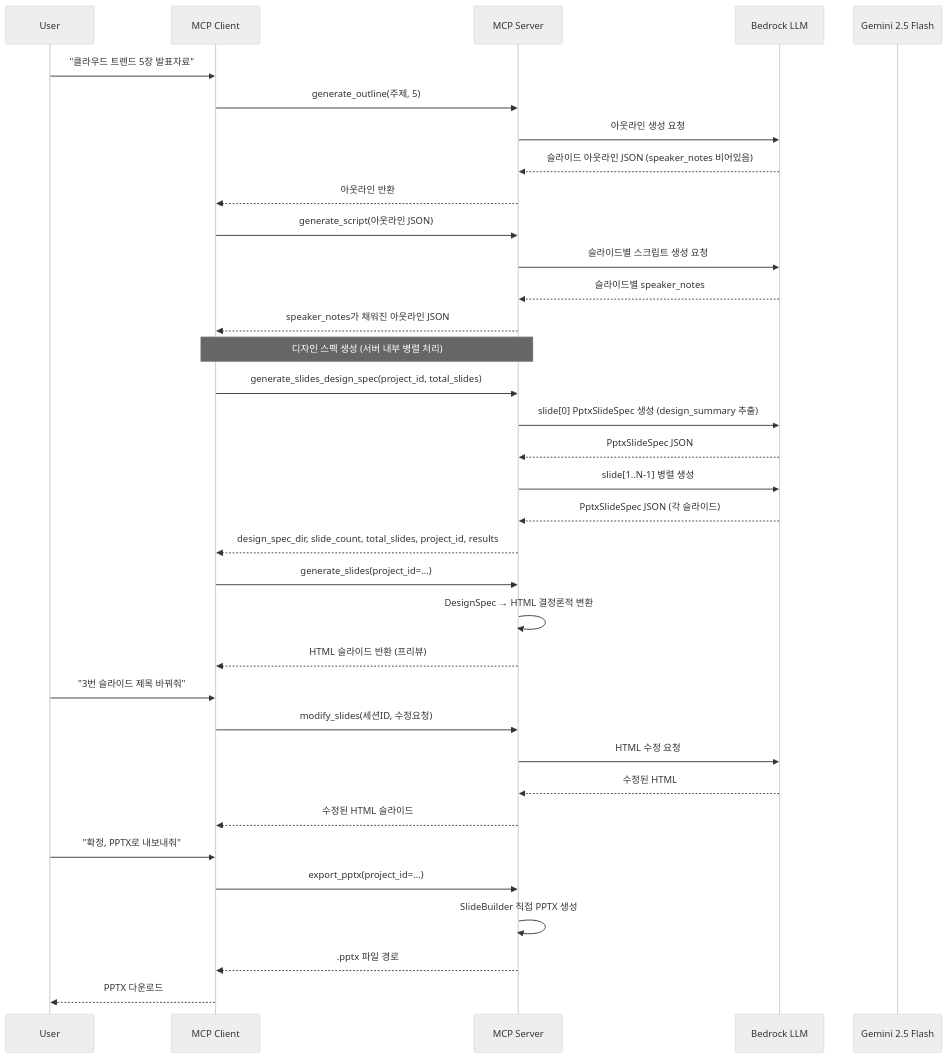
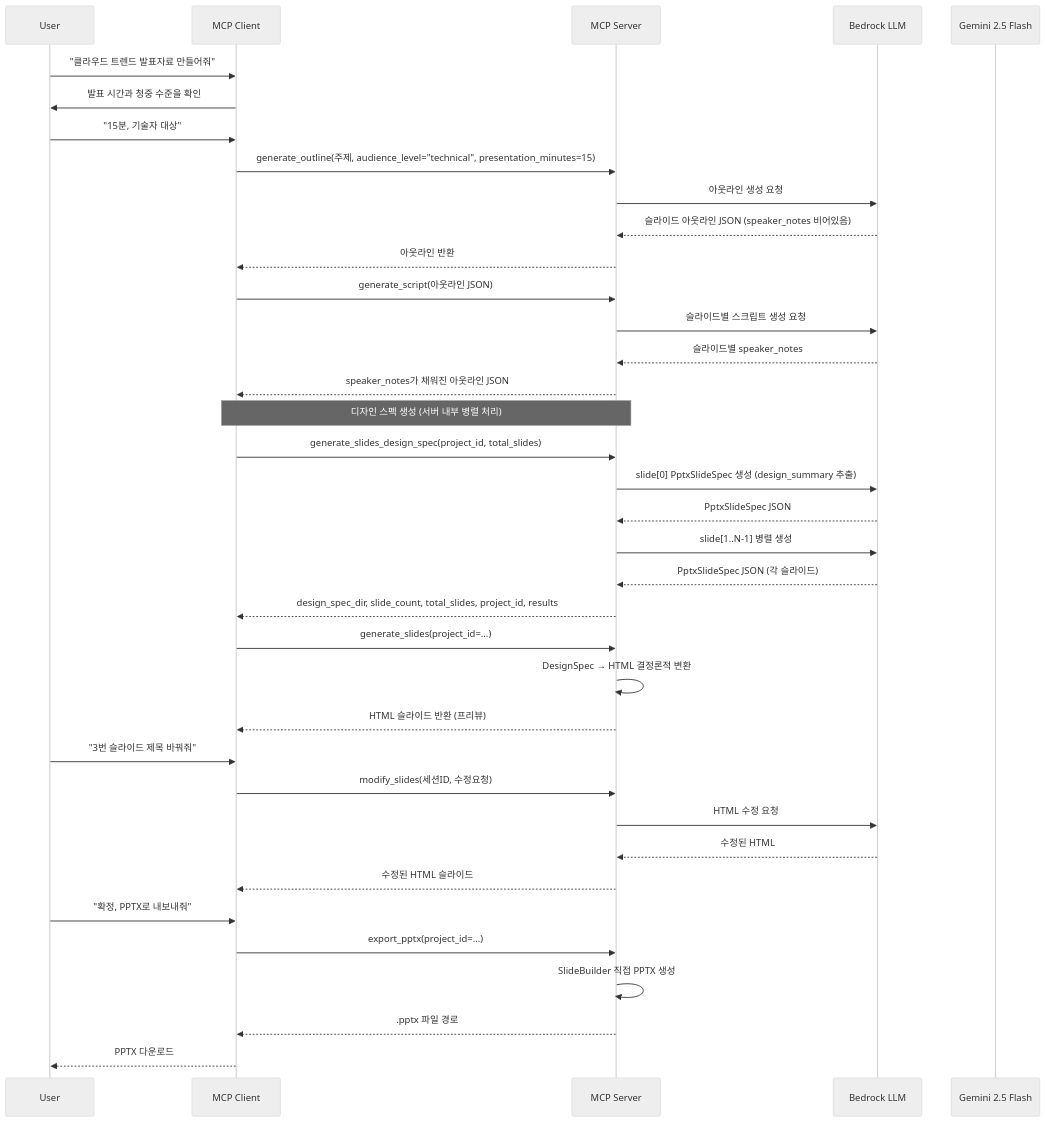
One commit to haandol/ppt-generator changed the third of 3 diagrams in docs/ppt-generator.alps.md. Above: the diagram before and after it, drawn with Mermaid (neutral theme). The commit also changed other lines of this file and 3 other files, not shown here.

````diff
--- a/docs/ppt-generator.alps.md
+++ b/docs/ppt-generator.alps.md
@@ -169,43 +169,45 @@
 ```mermaid
 sequenceDiagram
     participant User
     participant MCPClient as MCP Client
     participant MCPServer as MCP Server
     participant Bedrock as Bedrock LLM
     participant Gemini as Gemini 2.5 Flash
 
-    User->>MCPClient: "클라우드 트렌드 5장 발표자료"
-    MCPClient->>MCPServer: generate_outline(주제, 5)
+    User->>MCPClient: "클라우드 트렌드 발표자료 만들어줘"
+    MCPClient->>User: 발표 시간과 청중 수준을 확인
+    User->>MCPClient: "15분, 기술자 대상"
+    MCPClient->>MCPServer: generate_outline(주제, audience_level="technical", presentation_minutes=15)
     MCPServer->>Bedrock: 아웃라인 생성 요청
     Bedrock-->>MCPServer: 슬라이드 아웃라인 JSON (speaker_notes 비어있음)
     MCPServer-->>MCPClient: 아웃라인 반환
 
     MCPClient->>MCPServer: generate_script(아웃라인 JSON)
     MCPServer->>Bedrock: 슬라이드별 스크립트 생성 요청
     Bedrock-->>MCPServer: 슬라이드별 speaker_notes
     MCPServer-->>MCPClient: speaker_notes가 채워진 아웃라인 JSON
 
     Note over MCPClient,MCPServer: 디자인 스펙 생성 (서버 내부 병렬 처리)
     MCPClient->>MCPServer: generate_slides_design_spec(project_id, total_slides)
     MCPServer->>Bedrock: slide[0] PptxSlideSpec 생성 (design_summary 추출)
     Bedrock-->>MCPServer: PptxSlideSpec JSON
     MCPServer->>Bedrock: slide[1..N-1] 병렬 생성
     Bedrock-->>MCPServer: PptxSlideSpec JSON (각 슬라이드)
     MCPServer-->>MCPClient: design_spec_dir, slide_count, total_slides, project_id, results
 
     MCPClient->>MCPServer: generate_slides(project_id=...)
     MCPServer->>MCPServer: DesignSpec → HTML 결정론적 변환
     MCPServer-->>MCPClient: HTML 슬라이드 반환 (프리뷰)
 
     User->>MCPClient: "3번 슬라이드 제목 바꿔줘"
     MCPClient->>MCPServer: modify_slides(세션ID, 수정요청)
     MCPServer->>Bedrock: HTML 수정 요청
     Bedrock-->>MCPServer: 수정된 HTML
     MCPServer-->>MCPClient: 수정된 HTML 슬라이드
 
     User->>MCPClient: "확정, PPTX로 내보내줘"
     MCPClient->>MCPServer: export_pptx(project_id=...)
     MCPServer->>MCPServer: SlideBuilder 직접 PPTX 생성
     MCPServer-->>MCPClient: .pptx 파일 경로
     MCPClient-->>User: PPTX 다운로드
 ```
````
